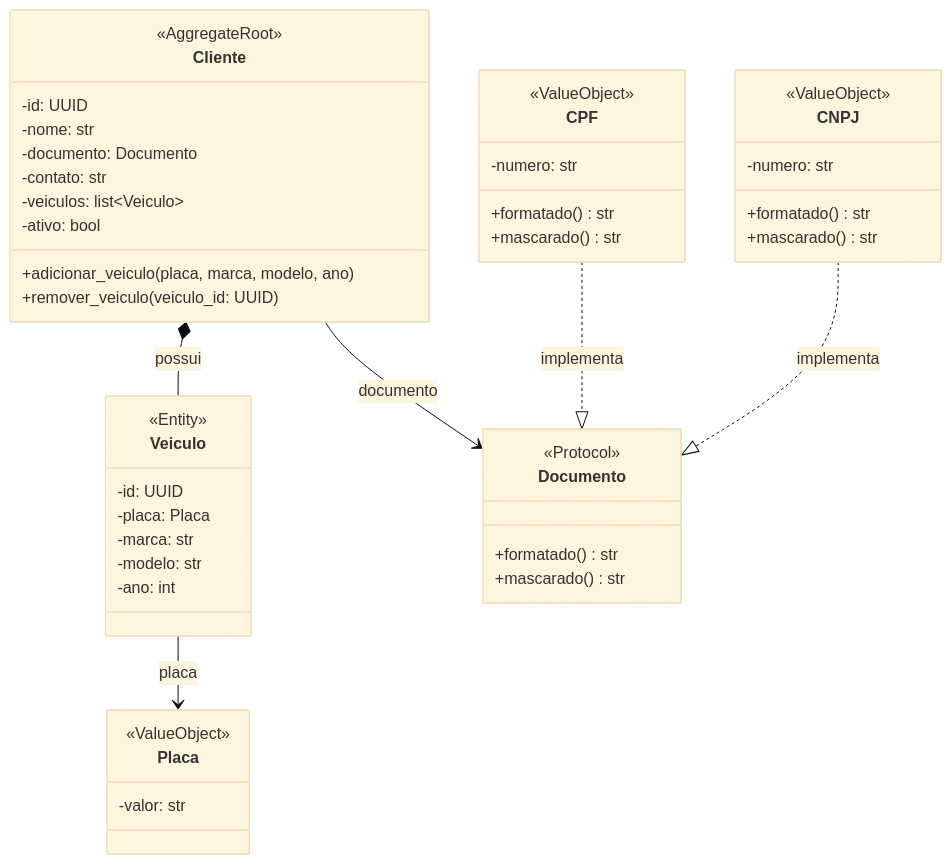
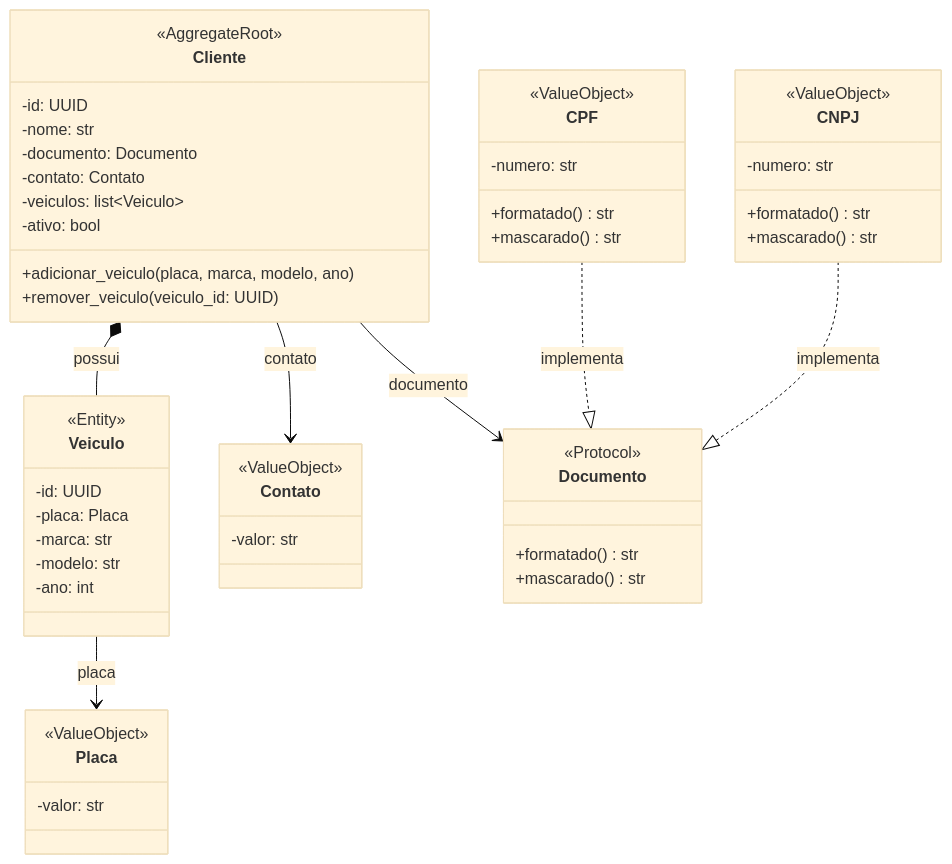
One commit to fiap-postech-sw-architecture/postech-sw-arch-p2 changed the second of 6 diagrams in docs/arquitetura/modelo-dominio.md. Above: the diagram before and after it, drawn with Mermaid (base theme). The commit also changed 19 other files, not shown here.

First line of the commit message:
feat(dominio): Value Object Contato para o Cliente (TD-007) (#70)

````diff
--- a/docs/arquitetura/modelo-dominio.md
+++ b/docs/arquitetura/modelo-dominio.md
@@ -90,54 +90,60 @@
 ```mermaid
 classDiagram
     class Cliente {
         <<AggregateRoot>>
         -id: UUID
         -nome: str
         -documento: Documento
-        -contato: str
+        -contato: Contato
         -veiculos: list~Veiculo~
         -ativo: bool
         +adicionar_veiculo(placa, marca, modelo, ano)
         +remover_veiculo(veiculo_id: UUID)
     }
 
     class Veiculo {
         <<Entity>>
         -id: UUID
         -placa: Placa
         -marca: str
         -modelo: str
         -ano: int
     }
 
     class CPF {
         <<ValueObject>>
         -numero: str
         +formatado() str
         +mascarado() str
     }
 
     class CNPJ {
         <<ValueObject>>
         -numero: str
         +formatado() str
         +mascarado() str
     }
 
     class Placa {
         <<ValueObject>>
         -valor: str
     }
 
+    class Contato {
+        <<ValueObject>>
+        -valor: str
+    }
+
     class Documento {
         <<Protocol>>
         +formatado() str
         +mascarado() str
     }
 
     Cliente *-- Veiculo : possui
     Cliente --> Documento : documento
+    Cliente --> Contato : contato
     CPF ..|> Documento : implementa
     CNPJ ..|> Documento : implementa
     Veiculo --> Placa : placa
 ```
````
